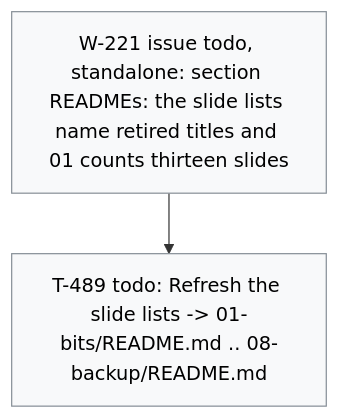
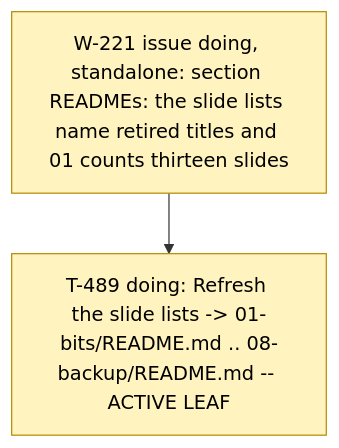
The diagram in .board/BOARD.md (dpopchev/chaos-to-simple), drawn with Mermaid before and after one commit. The commit also changed other lines of this file and 2 other files, not shown here.

Commit message:
chore(board): activate W-221, start T-489
Refs: W-221 T-489

````diff
--- a/.board/BOARD.md
+++ b/.board/BOARD.md
@@ -1306,11 +1306,11 @@
 ```mermaid
 flowchart TD
-  W221["W-221 issue todo, standalone: section READMEs: the slide lists name retired titles and 01 counts thirteen slides"]
-  W221 --> T489["T-489 todo: Refresh the slide lists -> 01-bits/README.md .. 08-backup/README.md"]
+  W221["W-221 issue doing, standalone: section READMEs: the slide lists name retired titles and 01 counts thirteen slides"]
+  W221 --> T489["T-489 doing: Refresh the slide lists -> 01-bits/README.md .. 08-backup/README.md -- ACTIVE LEAF"]
   classDef doing fill:#fff3bf,stroke:#b58900,color:#000;
   classDef blocked fill:#ffe3e3,stroke:#c92a2a,color:#000;
   classDef done fill:#e6ffed,stroke:#2b8a3e,color:#000;
   classDef todo fill:#f8f9fa,stroke:#868e96,color:#000;
   classDef pruned fill:#f1f3f5,stroke:#adb5bd,color:#000;
-  class W221,T489 todo
+  class W221,T489 doing
 ```
````
